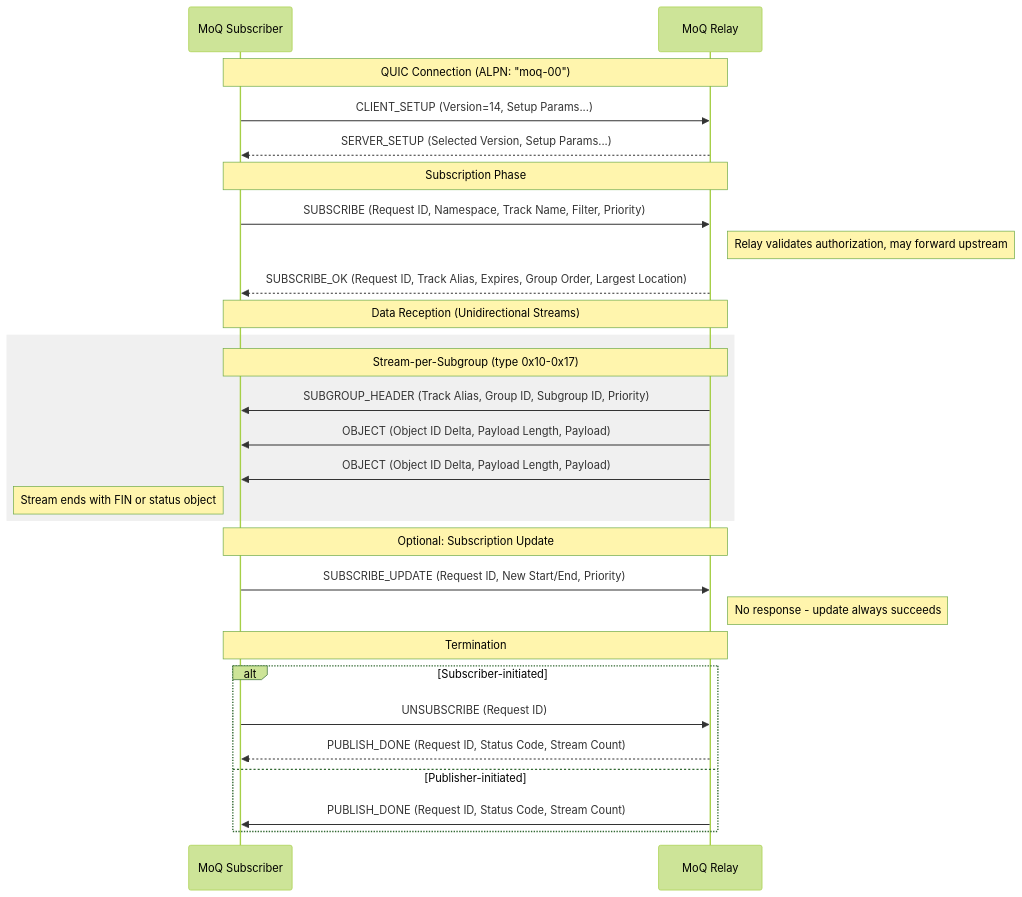
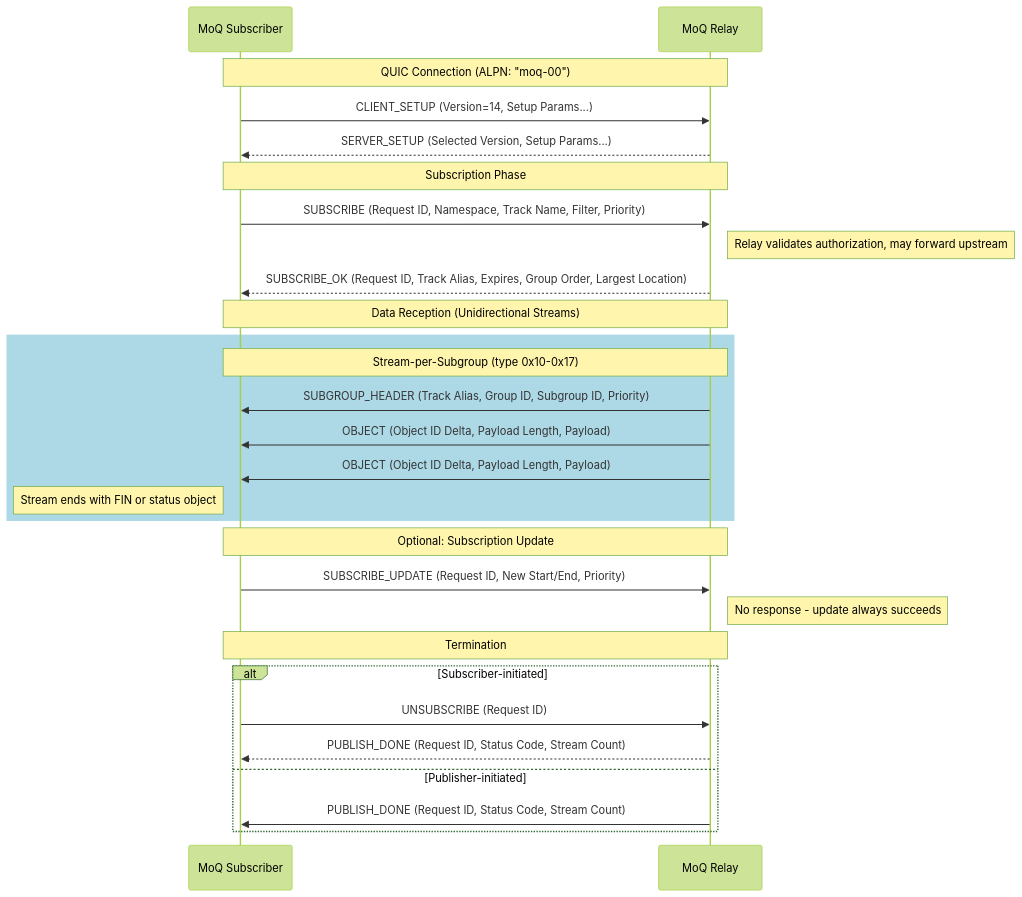
Before and after one commit to mondain/moq-flutter: the diagram in docs/SubscribeSequence.md, drawn with Mermaid (forest theme). The commit also changed 1 other file, not shown here.

Commit message:
Improve sequence diagram readability with better contrast
Change mermaid rect background from near-white (240,240,240) to
light blue (173,216,230) for better visibility of data transmission
sections.

````diff
--- a/docs/SubscribeSequence.md
+++ b/docs/SubscribeSequence.md
@@ -5,35 +5,35 @@
 ```mermaid
 sequenceDiagram
     participant Sub as MoQ Subscriber
     participant Relay as MoQ Relay
 
     Note over Sub, Relay: QUIC Connection (ALPN: "moq-00")
     Sub->>Relay: CLIENT_SETUP (Version=14, Setup Params...)
     Relay-->>Sub: SERVER_SETUP (Selected Version, Setup Params...)
 
     Note over Sub, Relay: Subscription Phase
     Sub->>Relay: SUBSCRIBE (Request ID, Namespace, Track Name, Filter, Priority)
     Note right of Relay: Relay validates authorization, may forward upstream
     Relay-->>Sub: SUBSCRIBE_OK (Request ID, Track Alias, Expires, Group Order, Largest Location)
 
     Note over Sub, Relay: Data Reception (Unidirectional Streams)
-    rect rgb(240, 240, 240)
+    rect rgb(173, 216, 230)
     Note over Sub, Relay: Stream-per-Subgroup (type 0x10-0x17)
     Relay->>Sub: SUBGROUP_HEADER (Track Alias, Group ID, Subgroup ID, Priority)
     Relay->>Sub: OBJECT (Object ID Delta, Payload Length, Payload)
     Relay->>Sub: OBJECT (Object ID Delta, Payload Length, Payload)
     Note left of Sub: Stream ends with FIN or status object
     end
 
     Note over Sub, Relay: Optional: Subscription Update
     Sub->>Relay: SUBSCRIBE_UPDATE (Request ID, New Start/End, Priority)
     Note right of Relay: No response - update always succeeds
 
     Note over Sub, Relay: Termination
     alt Subscriber-initiated
         Sub->>Relay: UNSUBSCRIBE (Request ID)
         Relay-->>Sub: PUBLISH_DONE (Request ID, Status Code, Stream Count)
     else Publisher-initiated
         Relay->>Sub: PUBLISH_DONE (Request ID, Status Code, Stream Count)
     end
 ```
````
